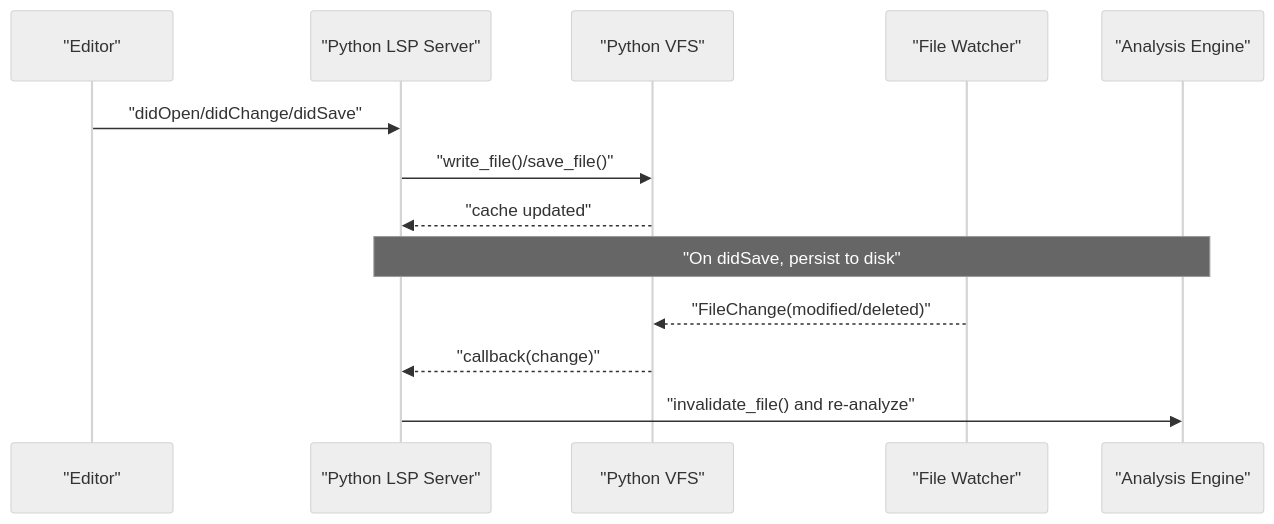
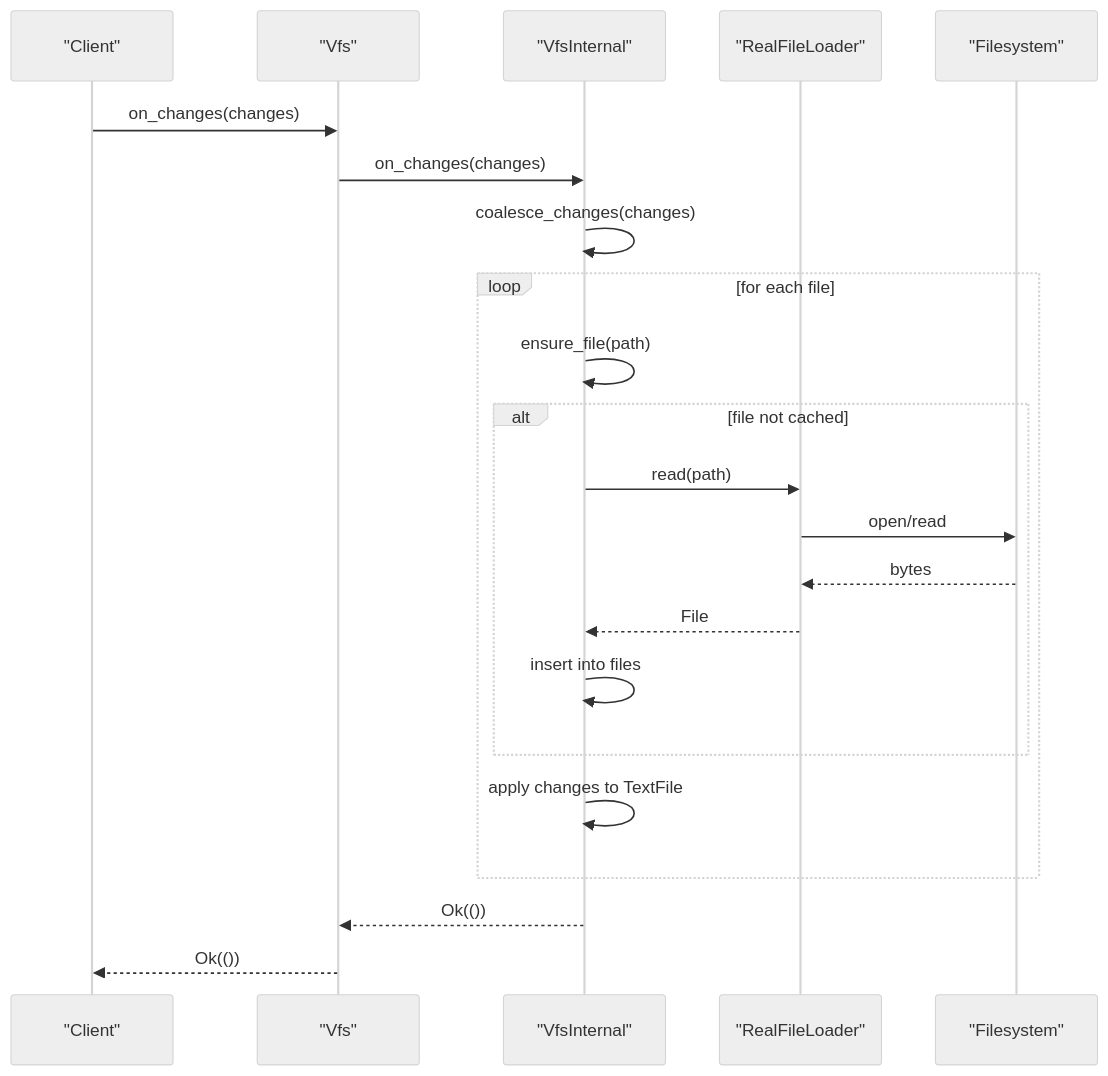
Before and after one commit to fenghaitao/dml-language-server: the third of 10 diagrams in .qoder/repowiki/en/content/Virtual File System.md, drawn with Mermaid (neutral theme). The commit also changed other lines of this file and 119 other files, not shown here.

````diff
--- a/.qoder/repowiki/en/content/Virtual File System.md
+++ b/.qoder/repowiki/en/content/Virtual File System.md
@@ -101,15 +216,24 @@
 ```mermaid
 sequenceDiagram
-participant Client as "Editor"
-participant PyServer as "Python LSP Server"
-participant PyVFS as "Python VFS"
-participant Watcher as "File Watcher"
-participant Analysis as "Analysis Engine"
-Client->>PyServer : "didOpen/didChange/didSave"
-PyServer->>PyVFS : "write_file()/save_file()"
-PyVFS-->>PyServer : "cache updated"
-Note over PyServer,Analysis : "On didSave, persist to disk"
-Watcher-->>PyVFS : "FileChange(modified/deleted)"
-PyVFS-->>PyServer : "callback(change)"
-PyServer->>Analysis : "invalidate_file() and re-analyze"
+participant Client as "Client"
+participant VFS as "Vfs"
+participant Internal as "VfsInternal"
+participant Loader as "RealFileLoader"
+participant FS as "Filesystem"
+Client->>VFS : on_changes(changes)
+VFS->>Internal : on_changes(changes)
+Internal->>Internal : coalesce_changes(changes)
+loop for each file
+Internal->>Internal : ensure_file(path)
+alt file not cached
+Internal->>Loader : read(path)
+Loader->>FS : open/read
+FS-->>Loader : bytes
+Loader-->>Internal : File
+Internal->>Internal : insert into files
+end
+Internal->>Internal : apply changes to TextFile
+end
+Internal-->>VFS : Ok(())
+VFS-->>Client : Ok(())
 ```
````
